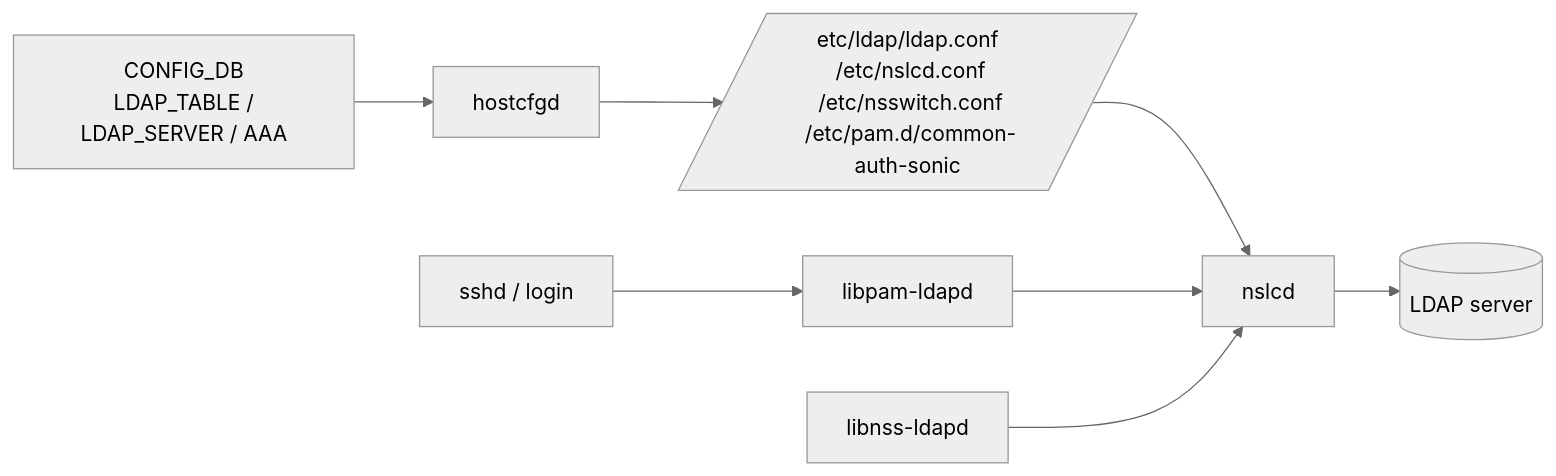
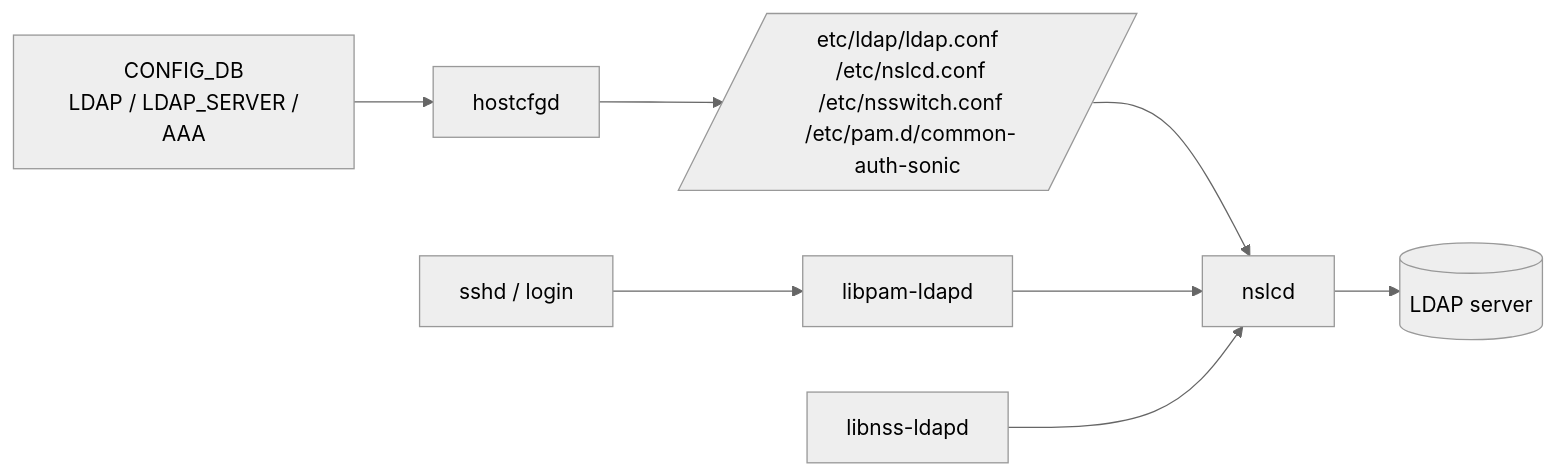
Before and after one commit to aoki-taquan/sonic-unofficial-docs: the diagram in docs/management/hld-ldap.md, drawn with Mermaid (neutral theme). The commit also changed other lines of this file and 22 other files, not shown here.

````diff
--- a/docs/management/hld-ldap.md
+++ b/docs/management/hld-ldap.md
@@ -44,10 +48,10 @@
 ```mermaid
 flowchart LR
-    CFG[CONFIG_DB\n LDAP_TABLE / LDAP_SERVER / AAA] --> HC[hostcfgd]
+    CFG[CONFIG_DB\n LDAP / LDAP_SERVER / AAA] --> HC[hostcfgd]
     HC --> CONF[/etc/ldap/ldap.conf\n /etc/nslcd.conf\n /etc/nsswitch.conf\n /etc/pam.d/common-auth-sonic/]
     CONF --> NSLCD[nslcd]
     NSLCD --> LDAPSRV[(LDAP server)]
     SSHD[sshd / login] --> PAM[libpam-ldapd]
     PAM --> NSLCD
     NSS[libnss-ldapd] --> NSLCD
 ```
````
